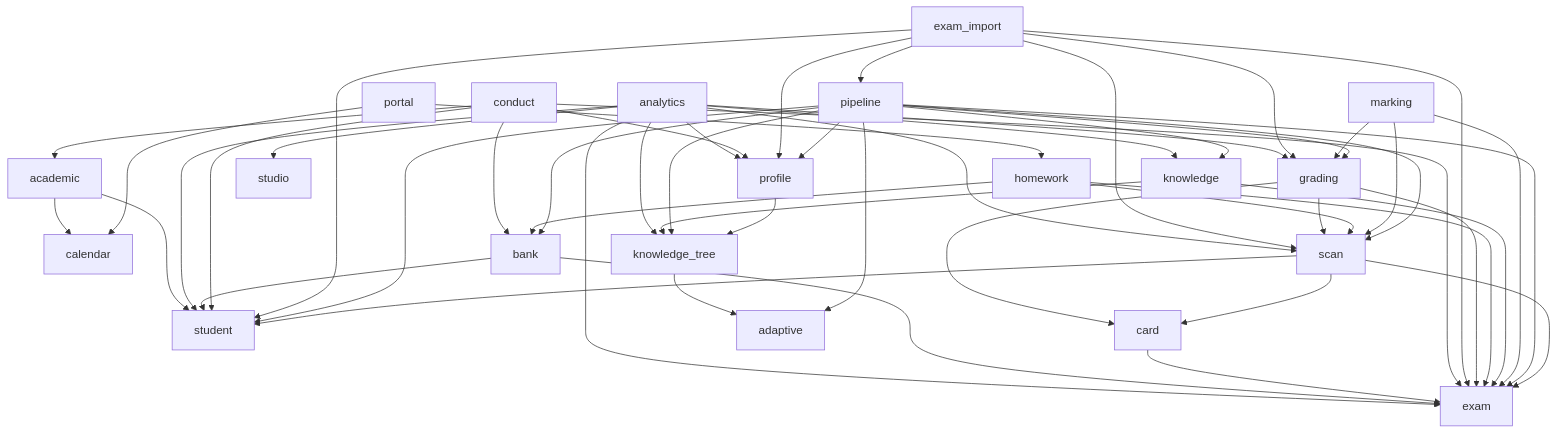
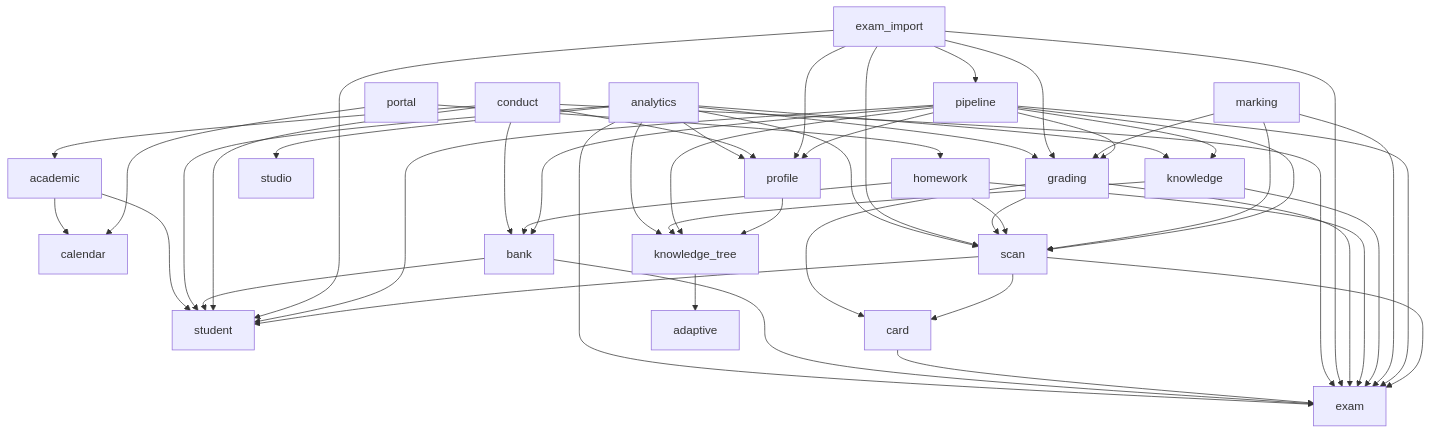
The diagram in docs/governance/dependency-graph.md (juanwan99/edu-cloud), drawn with Mermaid before and after one commit. The commit also changed 11 other files, not shown here.

Commit message:
refactor(pipeline): cut direct pipeline-adaptive dependency

````diff
--- a/docs/governance/dependency-graph.md
+++ b/docs/governance/dependency-graph.md
@@ -5,54 +5,53 @@
 ```mermaid
 flowchart TD
   academic --> calendar
   academic --> student
   analytics --> exam
   analytics --> scan
   analytics --> grading
   analytics --> student
   analytics --> knowledge
   analytics --> knowledge_tree
   analytics --> profile
   analytics --> studio
   bank --> exam
   bank --> student
   card --> exam
   conduct --> academic
   conduct --> bank
   conduct --> exam
   conduct --> profile
   conduct --> student
   exam_import --> exam
   exam_import --> grading
   exam_import --> pipeline
   exam_import --> profile
   exam_import --> scan
   exam_import --> student
   grading --> card
   grading --> exam
   grading --> scan
   homework --> exam
   homework --> scan
   homework --> bank
   knowledge --> exam
   knowledge --> knowledge_tree
   knowledge_tree --> adaptive
   marking --> exam
   marking --> scan
   marking --> grading
   pipeline --> bank
-  pipeline --> adaptive
   pipeline --> exam
   pipeline --> grading
   pipeline --> knowledge
   pipeline --> knowledge_tree
   pipeline --> profile
   pipeline --> scan
   pipeline --> student
   portal --> calendar
   portal --> homework
   profile --> knowledge_tree
   scan --> exam
   scan --> card
   scan --> student
 ```
````
